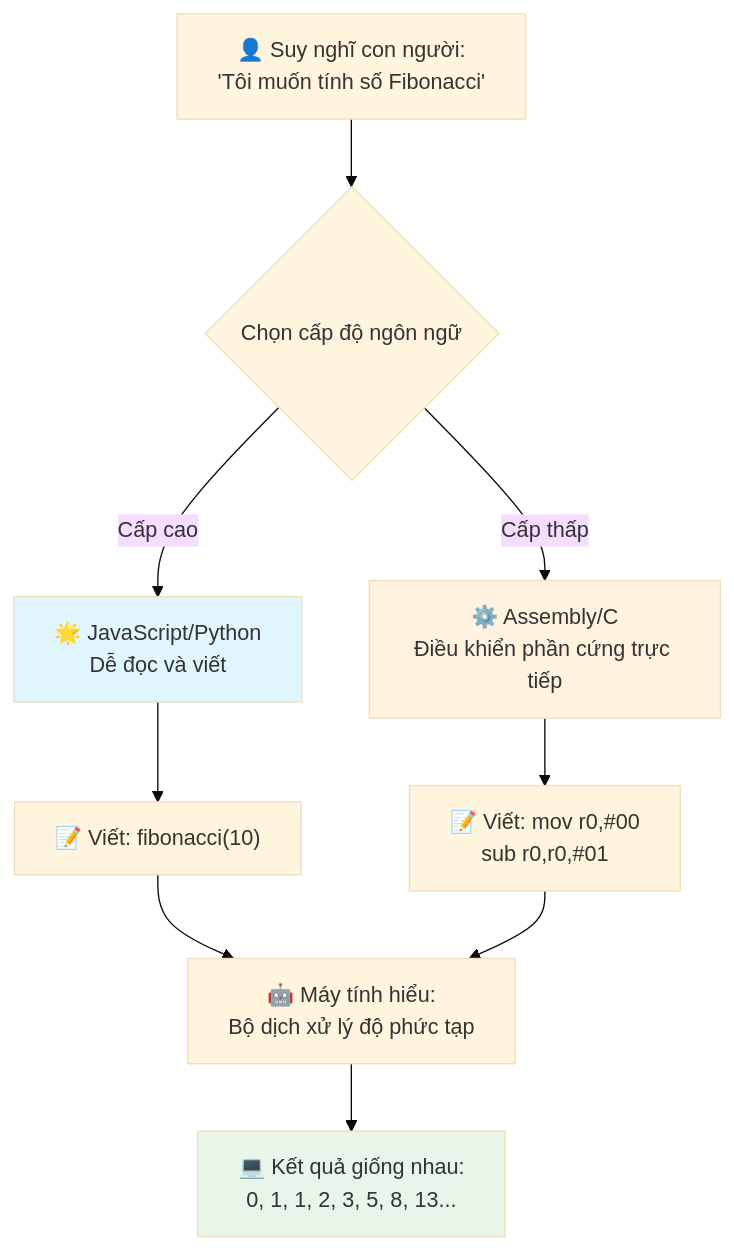
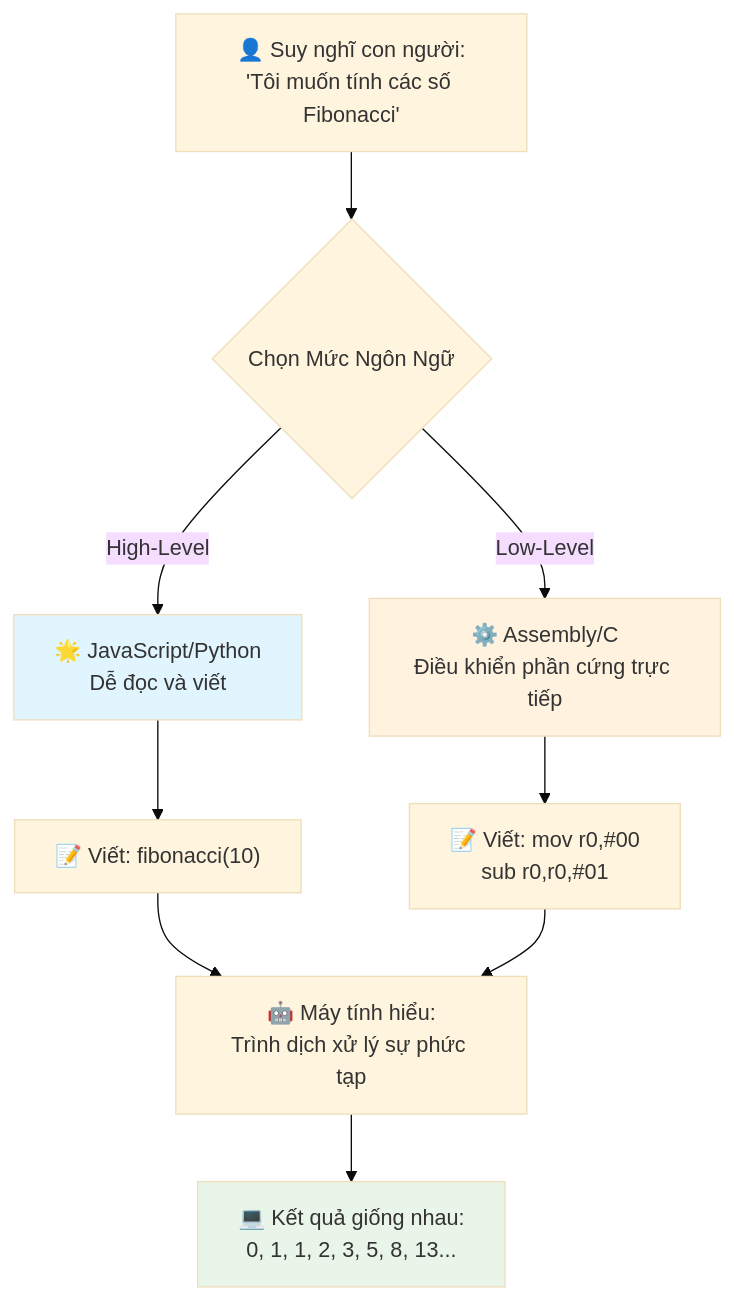
One commit to microsoft/Web-Dev-For-Beginners changed the third of 7 diagrams in translations/vi/1-getting-started-lessons/1-intro-to-programming-languages/README.md. Above: the diagram before and after it, drawn with Mermaid (base theme). The commit also changed other lines of this file and 8 other files, not shown here.

````diff
--- a/translations/vi/1-getting-started-lessons/1-intro-to-programming-languages/README.md
+++ b/translations/vi/1-getting-started-lessons/1-intro-to-programming-languages/README.md
@@ -148,19 +148,19 @@
 ```mermaid
 flowchart TB
-    A["👤 Suy nghĩ con người:<br/>'Tôi muốn tính số Fibonacci'"] --> B{Chọn cấp độ ngôn ngữ}
+    A["👤 Suy nghĩ con người:<br/>'Tôi muốn tính các số Fibonacci'"] --> B{Chọn Mức Ngôn Ngữ}
     
-    B -->|Cấp cao| C["🌟 JavaScript/Python<br/>Dễ đọc và viết"]
-    B -->|Cấp thấp| D["⚙️ Assembly/C<br/>Điều khiển phần cứng trực tiếp"]
+    B -->|High-Level| C["🌟 JavaScript/Python<br/>Dễ đọc và viết"]
+    B -->|Low-Level| D["⚙️ Assembly/C<br/>Điều khiển phần cứng trực tiếp"]
     
     C --> E["📝 Viết: fibonacci(10)"]
     D --> F["📝 Viết: mov r0,#00<br/>sub r0,r0,#01"]
     
-    E --> G["🤖 Máy tính hiểu:<br/>Bộ dịch xử lý độ phức tạp"]
+    E --> G["🤖 Máy tính hiểu:<br/>Trình dịch xử lý sự phức tạp"]
     F --> G
     
     G --> H["💻 Kết quả giống nhau:<br/>0, 1, 1, 2, 3, 5, 8, 13..."]
     
     style C fill:#e1f5fe
     style D fill:#fff3e0
     style H fill:#e8f5e8
 ```
````
